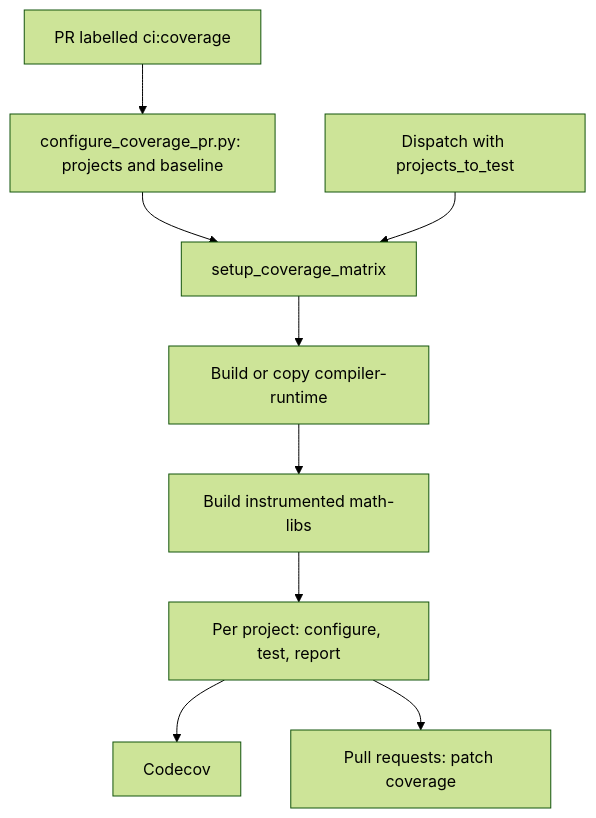
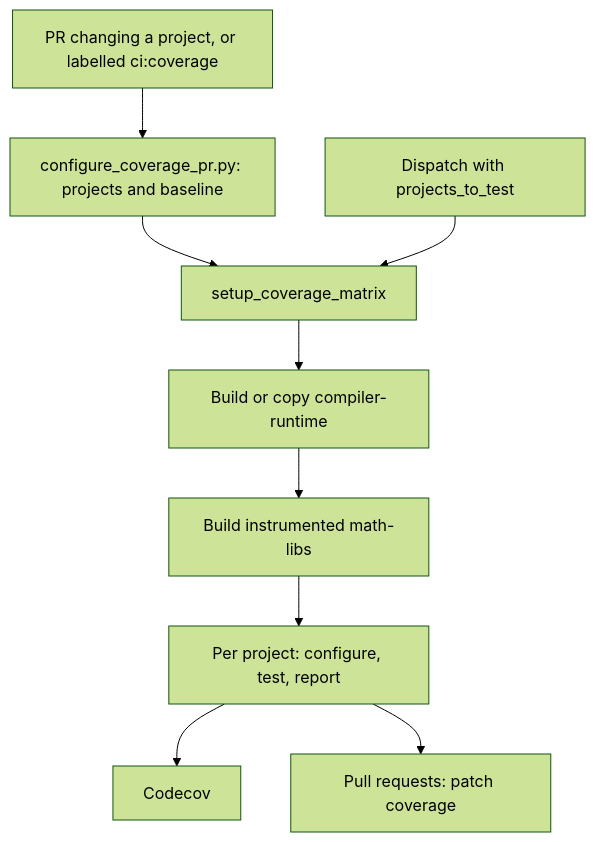
Before and after one commit to ROCm/TheRock: the diagram in docs/development/code_coverage.md, drawn with Mermaid (forest theme). The commit also changed other lines of this file and 3 other files, not shown here.

````diff
--- a/docs/development/code_coverage.md
+++ b/docs/development/code_coverage.md
@@ -151,11 +151,11 @@
 ```mermaid
 graph TD
-    pr[PR labelled ci:coverage] --> plan[configure_coverage_pr.py: projects and baseline]
+    pr[PR changing a project, or labelled ci:coverage] --> plan[configure_coverage_pr.py: projects and baseline]
     plan --> matrix
     dispatch[Dispatch with projects_to_test] --> matrix[setup_coverage_matrix]
     matrix --> compilerRuntime[Build or copy compiler-runtime]
     compilerRuntime --> mathLibs[Build instrumented math-libs]
     mathLibs --> report[Per project: configure, test, report]
     report --> codecov[Codecov]
     report --> patch[Pull requests: patch coverage]
 ```
````
